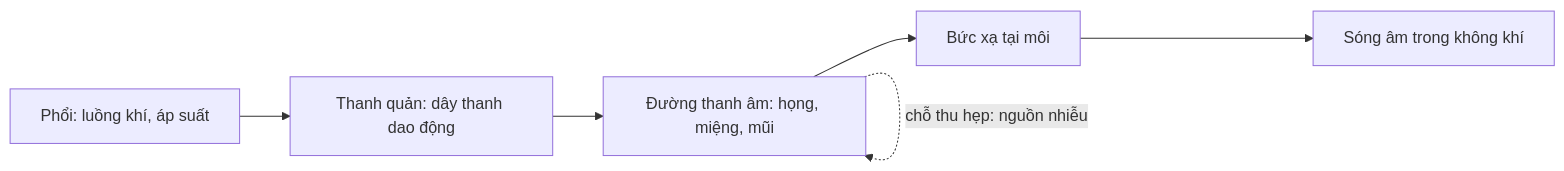
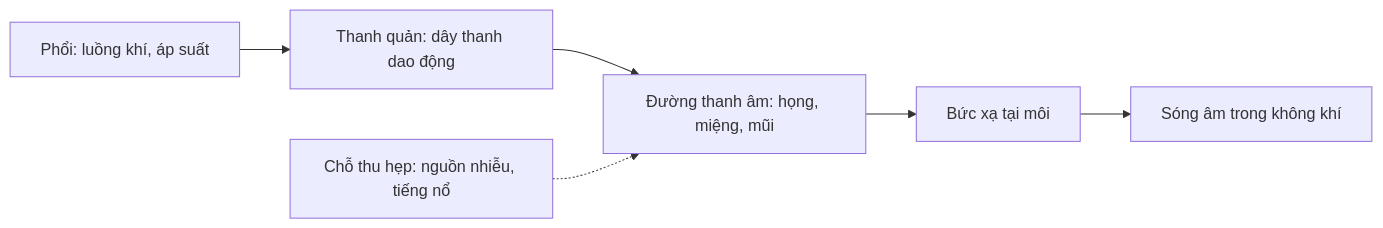
One commit to tuandung222/tts-books-2026 changed the first of 2 diagrams in docs/phan-3-tin-hieu-ngu-am/ch13-am-hoc-tieng-noi.md. Above: the diagram before and after it, drawn with Mermaid. The commit also changed other lines of this file, not shown here.

````diff
--- a/docs/phan-3-tin-hieu-ngu-am/ch13-am-hoc-tieng-noi.md
+++ b/docs/phan-3-tin-hieu-ngu-am/ch13-am-hoc-tieng-noi.md
@@ -94,8 +94,8 @@
 ```mermaid
 flowchart LR
     A["Phổi: luồng khí, áp suất"] --> B["Thanh quản: dây thanh dao động"]
     B --> C["Đường thanh âm: họng, miệng, mũi"]
     C --> D["Bức xạ tại môi"]
     D --> E["Sóng âm trong không khí"]
-    C -. "chỗ thu hẹp: nguồn nhiễu" .-> C
+    N["Chỗ thu hẹp: nguồn nhiễu, tiếng nổ"] -.-> C
 ```
````
